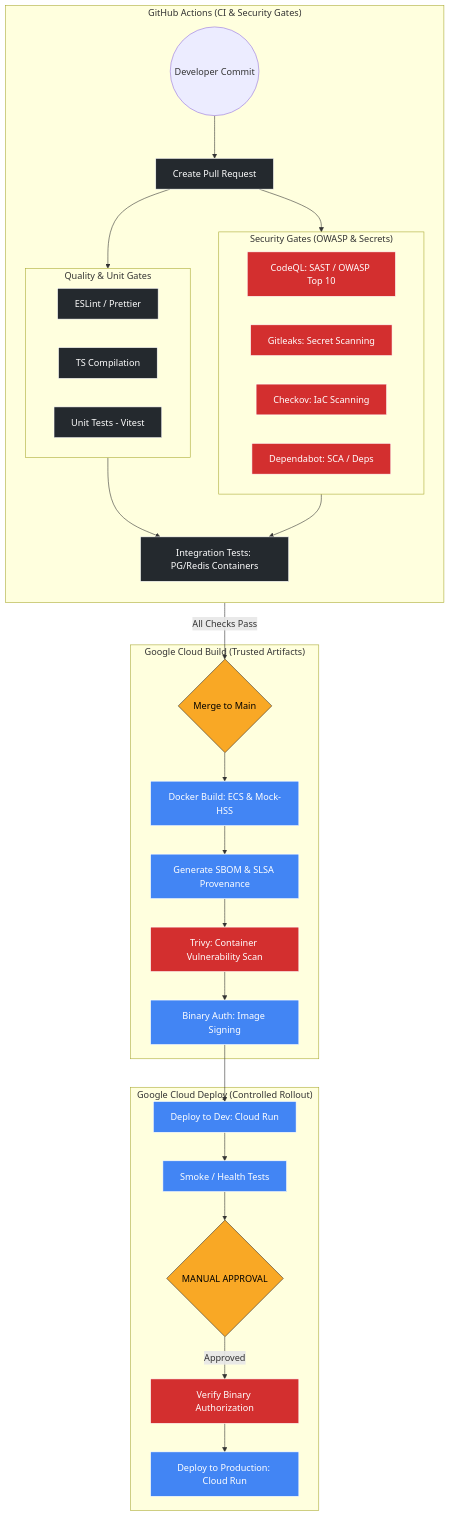
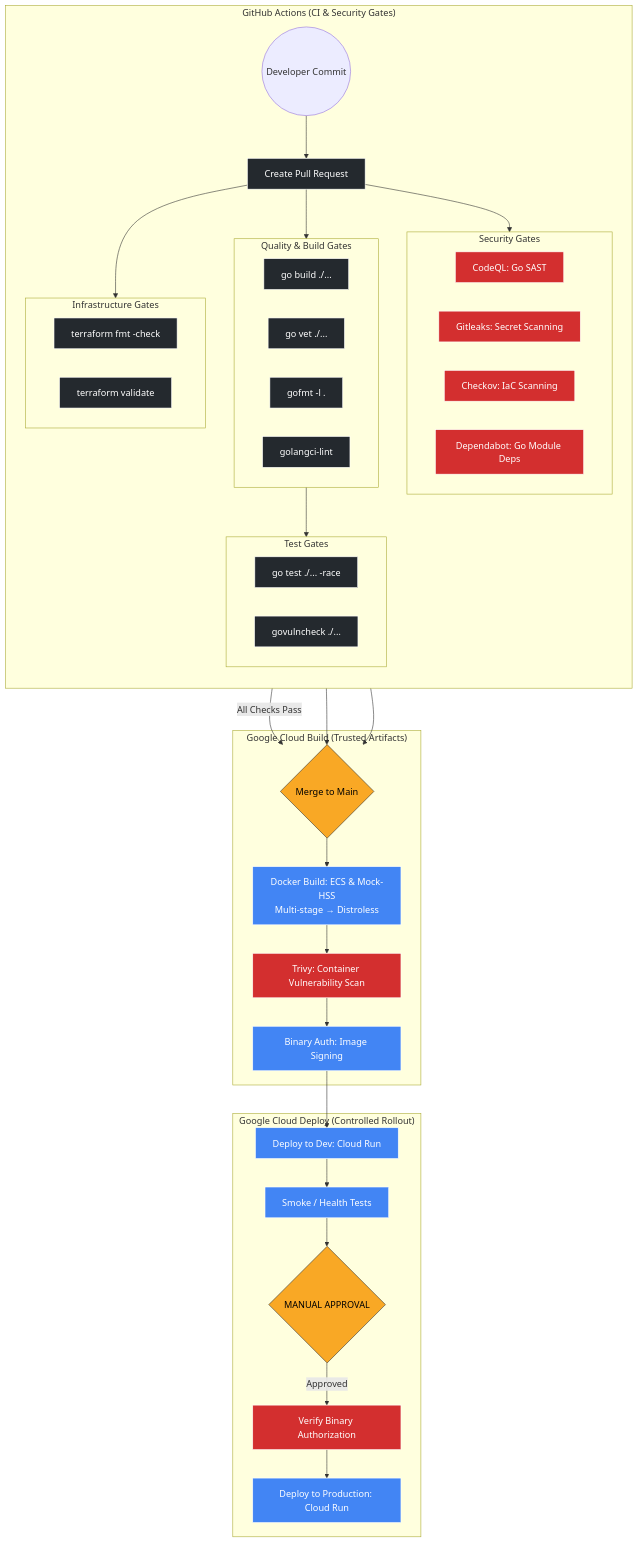
Before and after one commit to hkassaei/poc-entitlements-as-a-service-go: the sixth of 6 diagrams in architecture.md, drawn with Mermaid. The commit also changed other lines of this file and 189 other files, not shown here.

````diff
--- a/architecture.md
+++ b/architecture.md
@@ -391,54 +274,63 @@
 ```mermaid
 graph TD
-    %% Define Styles
     classDef github fill:#24292e,stroke:#fff,color:#fff;
     classDef gcp fill:#4285F4,stroke:#fff,color:#fff;
     classDef security fill:#d32f2f,stroke:#fff,color:#fff;
     classDef gate fill:#f9a825,stroke:#333,color:#000;
 
     subgraph Github_Actions ["GitHub Actions (CI & Security Gates)"]
         direction TB
         Start((Developer Commit)) --> PR[Create Pull Request]
 
-        subgraph Quality_Checks ["Quality & Unit Gates"]
-            Lint[ESLint / Prettier]
-            Build[TS Compilation]
-            Unit[Unit Tests - Vitest]
+        subgraph Quality_Checks ["Quality & Build Gates"]
+            Build[go build ./...]
+            Vet[go vet ./...]
+            Fmt[gofmt -l .]
+            Lint[golangci-lint]
         end
 
-        subgraph Security_Gates ["Security Gates (OWASP & Secrets)"]
-            CodeQL[CodeQL: SAST / OWASP Top 10]
+        subgraph Test_Gates ["Test Gates"]
+            Unit[go test ./... -race]
+            Vuln[govulncheck ./...]
+        end
+
+        subgraph Security_Gates ["Security Gates"]
+            CodeQL[CodeQL: Go SAST]
             Gitleaks[Gitleaks: Secret Scanning]
             Checkov[Checkov: IaC Scanning]
-            Dependabot[Dependabot: SCA / Deps]
+            Dependabot[Dependabot: Go Module Deps]
+        end
+
+        subgraph Infra_Gates ["Infrastructure Gates"]
+            TfFmt[terraform fmt -check]
+            TfValidate[terraform validate]
         end
 
         PR --> Quality_Checks
+        Quality_Checks --> Test_Gates
         PR --> Security_Gates
-
-        Quality_Checks --> IntTest[Integration Tests: PG/Redis Containers]
-        Security_Gates --> IntTest
+        PR --> Infra_Gates
     end
 
-    IntTest -->|All Checks Pass| Merge{Merge to Main}:::gate
+    Test_Gates -->|All Checks Pass| Merge{Merge to Main}:::gate
+    Security_Gates --> Merge
+    Infra_Gates --> Merge
 
     subgraph GCP_Cloud_Build ["Google Cloud Build (Trusted Artifacts)"]
-        Merge --> DockerBuild[Docker Build: ECS & Mock-HSS]
-        DockerBuild --> SBOM[Generate SBOM & SLSA Provenance]
-        SBOM --> Trivy[Trivy: Container Vulnerability Scan]
+        Merge --> DockerBuild[Docker Build: ECS & Mock-HSS<br/>Multi-stage → Distroless]
+        DockerBuild --> Trivy[Trivy: Container Vulnerability Scan]
         Trivy --> Sign[Binary Auth: Image Signing]
     end
 
     subgraph GCP_Cloud_Deploy ["Google Cloud Deploy (Controlled Rollout)"]
         Sign --> DeployDev[Deploy to Dev: Cloud Run]
         DeployDev --> Smoke[Smoke / Health Tests]
         Smoke --> Approval{MANUAL APPROVAL}:::gate
         Approval -->|Approved| BinAuth[Verify Binary Authorization]
         BinAuth --> DeployProd[Deploy to Production: Cloud Run]
     end
 
-    %% Apply Classes
-    class PR,Lint,Build,Unit,CodeQL,Gitleaks,Checkov,Dependabot,IntTest github;
-    class DockerBuild,SBOM,Trivy,Sign,DeployDev,Smoke,BinAuth,DeployProd gcp;
+    class PR,Build,Vet,Fmt,Lint,Unit,Vuln,CodeQL,Gitleaks,Checkov,Dependabot,TfFmt,TfValidate github;
+    class DockerBuild,Trivy,Sign,DeployDev,Smoke,BinAuth,DeployProd gcp;
     class CodeQL,Gitleaks,Checkov,Dependabot,Trivy,BinAuth security;
 ```
````
